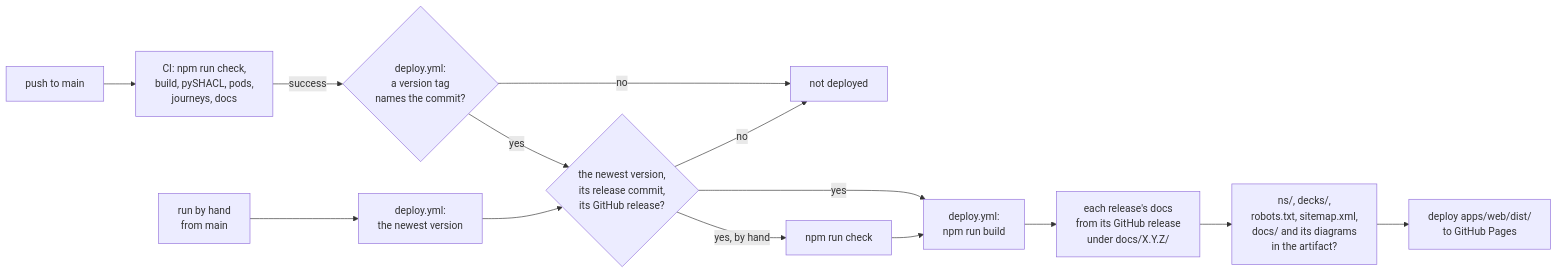
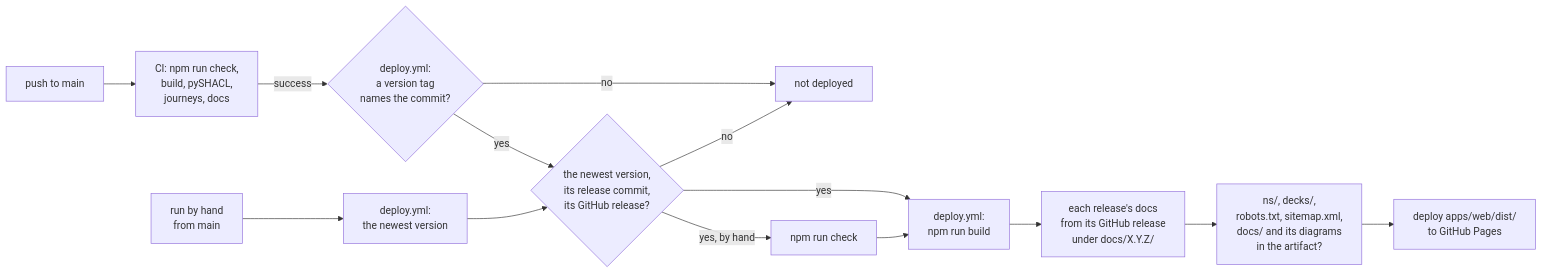
Before and after one commit to solid-memo/website: the diagram in docs/deployment.md, drawn with Mermaid. The commit also changed other lines of this file and 9 other files, not shown here.

````diff
--- a/docs/deployment.md
+++ b/docs/deployment.md
@@ -17,12 +17,12 @@
 ```mermaid
 flowchart LR
     accTitle: When a version is deployed
     accDescr: A push to main, or a run by hand, deploys only the newest version, from its release commit and with its GitHub release, after the build, each release's docs and the guard.
-    push["push to main"] --> ci["CI: npm run check,<br/>build, pySHACL, pods,<br/>journeys, docs"] -->|success| tag{"deploy.yml:<br/>a version tag<br/>names the commit?"}
+    push["push to main"] --> ci["CI: npm run check,<br/>build, pySHACL,<br/>journeys, docs"] -->|success| tag{"deploy.yml:<br/>a version tag<br/>names the commit?"}
     tag -->|no| skip["not deployed"]
     tag -->|yes| release{"the newest version,<br/>its release commit,<br/>its GitHub release?"}
     release -->|no| skip
     release -->|yes| build["deploy.yml:<br/>npm run build"] --> versions["each release's docs<br/>from its GitHub release<br/>under docs/X.Y.Z/"] --> guard["ns/, decks/,<br/>robots.txt, sitemap.xml,<br/>docs/ and its diagrams<br/>in the artifact?"] --> pages["deploy apps/web/dist/<br/>to GitHub Pages"]
     hand["run by hand<br/>from main"] --> newest["deploy.yml:<br/>the newest version"] --> release
     release -->|"yes, by hand"| check["npm run check"] --> build
 ```
````
